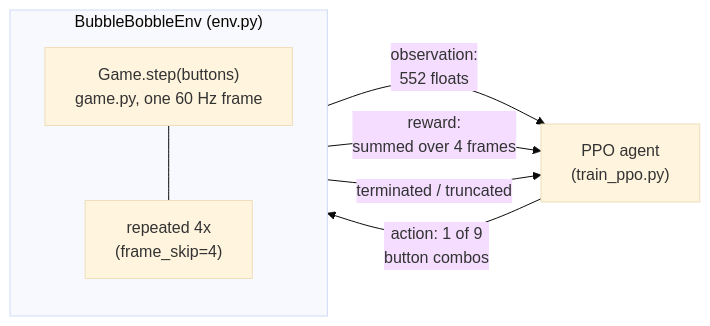
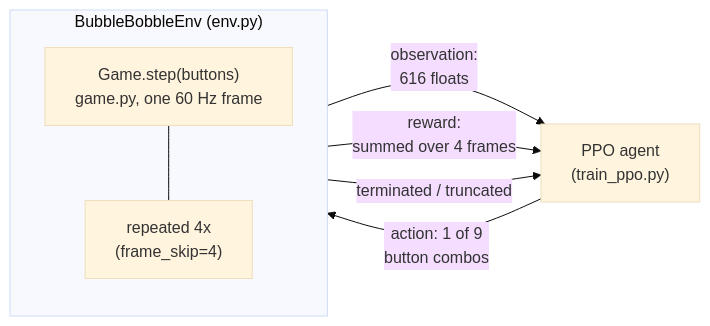
The first of 4 diagrams in docs/training-setup.md (ScottRLamkin/BubbleBobbleRL), drawn with Mermaid (base theme) before and after one commit. The commit also changed other lines of this file and 6 other files, not shown here.

````diff
--- a/docs/training-setup.md
+++ b/docs/training-setup.md
@@ -9,14 +11,14 @@
 ```mermaid
 flowchart LR
     subgraph Env["BubbleBobbleEnv (env.py)"]
         direction TB
         Game["Game.step(buttons)<br/>game.py, one 60 Hz frame"]
         Skip["repeated 4x<br/>(frame_skip=4)"]
         Game --- Skip
     end
     Agent["PPO agent<br/>(train_ppo.py)"]
     Agent -- "action: 1 of 9<br/>button combos" --> Env
-    Env -- "observation:<br/>552 floats" --> Agent
+    Env -- "observation:<br/>616 floats" --> Agent
     Env -- "reward:<br/>summed over 4 frames" --> Agent
     Env -- "terminated / truncated" --> Agent
 ```
````
